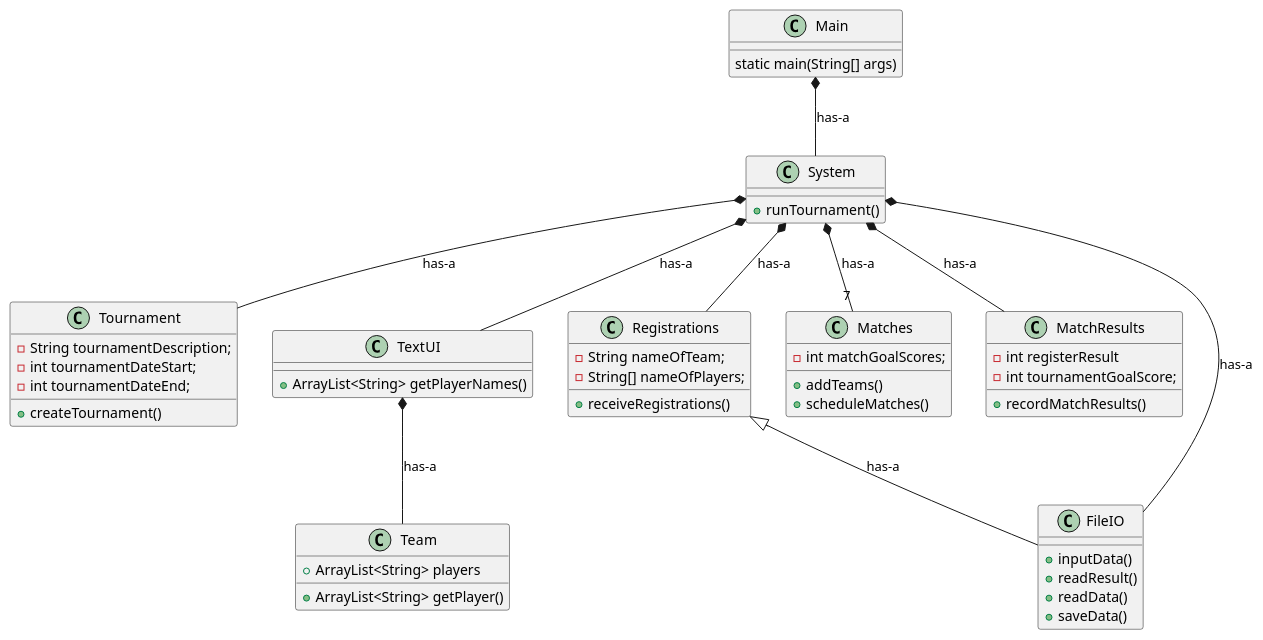
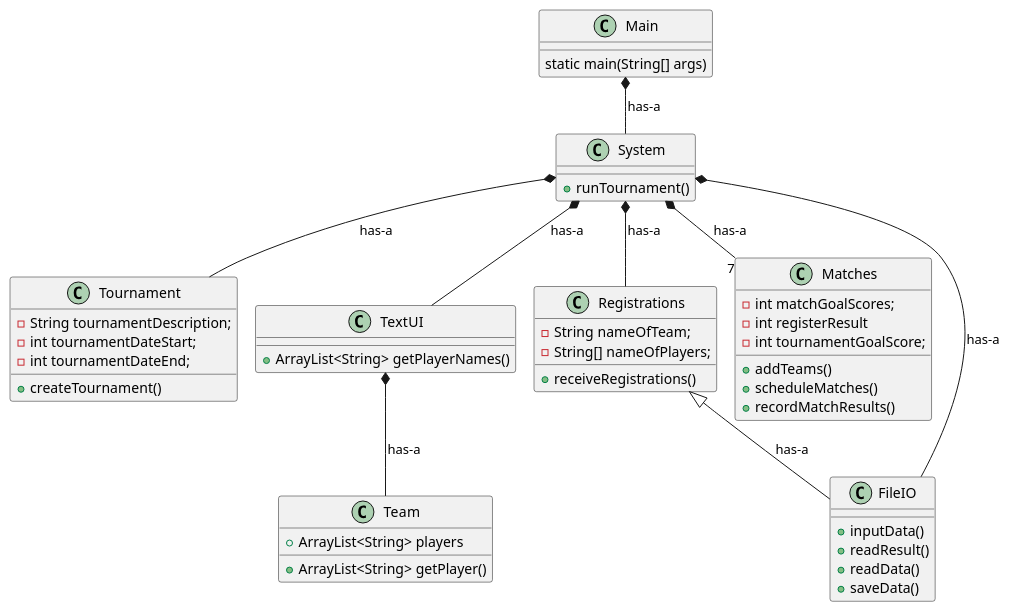
One commit to NikolajKaspersen/Tournament changed the diagram in Documentation/KlasseDiagram.puml. Above: the diagram before and after it, drawn with PlantUML. The commit also changed 4 other files, not shown here.

Commit message:
Opdateret klassediagram

```diff
--- a/Documentation/KlasseDiagram.puml
+++ b/Documentation/KlasseDiagram.puml
@@ -1,72 +1,70 @@
 @startuml
+
+!pragma layout smetana
+
 class Main
 {
 static main(String[] args)
 }
 
 class System
 {
     +runTournament()
 }
 
 class Tournament
 {
     -String tournamentDescription;
     -int tournamentDateStart;
     -int tournamentDateEnd;
 
     +createTournament()
 }
 
 class TextUI
 {
 + ArrayList<String> getPlayerNames()
 }
 
 class Team
 {
     +ArrayList<String> players
 + ArrayList<String> getPlayer()
 }
 
 class Registrations
 {
     -String nameOfTeam;
     -String[] nameOfPlayers;
 
     +receiveRegistrations()
 }
 
 class Matches
 {
     -int matchGoalScores;
+    - int registerResult
+    - int tournamentGoalScore;
 
     +addTeams()
     +scheduleMatches()
-}
-
-class MatchResults
-{
-    - int registerResult
-    - int tournamentGoalScore;
     +recordMatchResults()
 }
 
 class FileIO
 {
     +inputData()
     +readResult()
     +readData()
     +saveData()
 }
 System *-- TextUI: has-a
 TextUI *-- Team: has-a
 System *-- Tournament: has-a
 System *-- Registrations: has-a
 System *-- "7"Matches: has-a
-System *-- MatchResults: has-a
 System *-- FileIO: has-a
 Registrations <|-- FileIO:has-a
 Main *-- System: has-a
 
 @enduml
```
